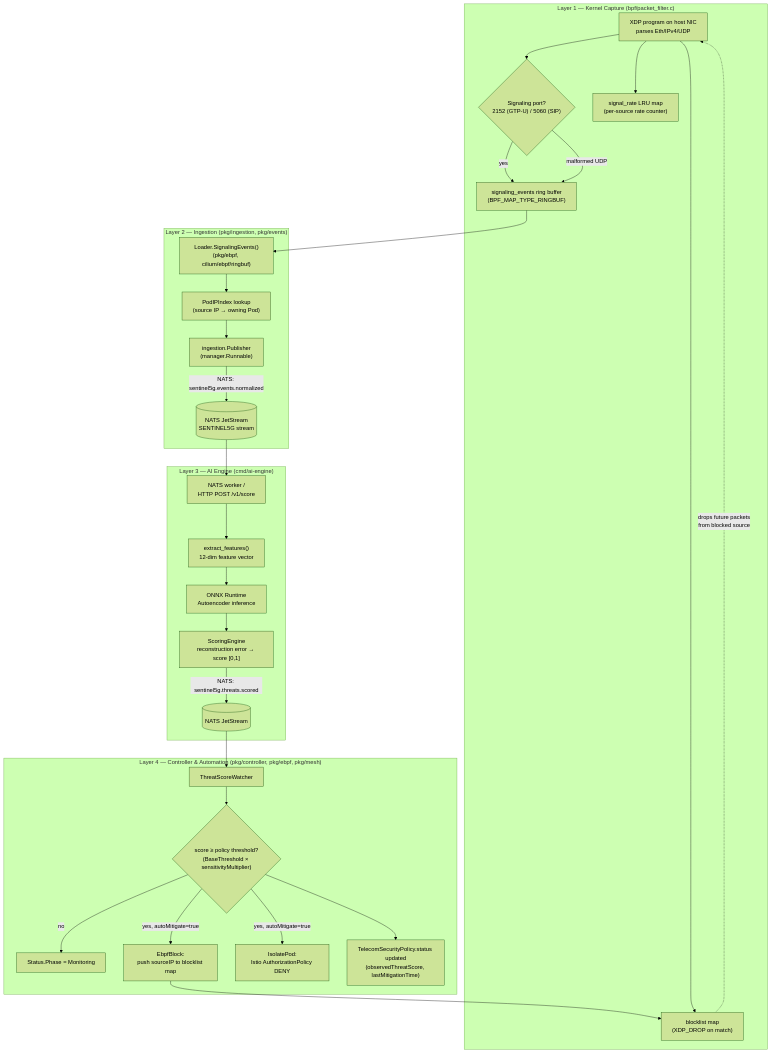
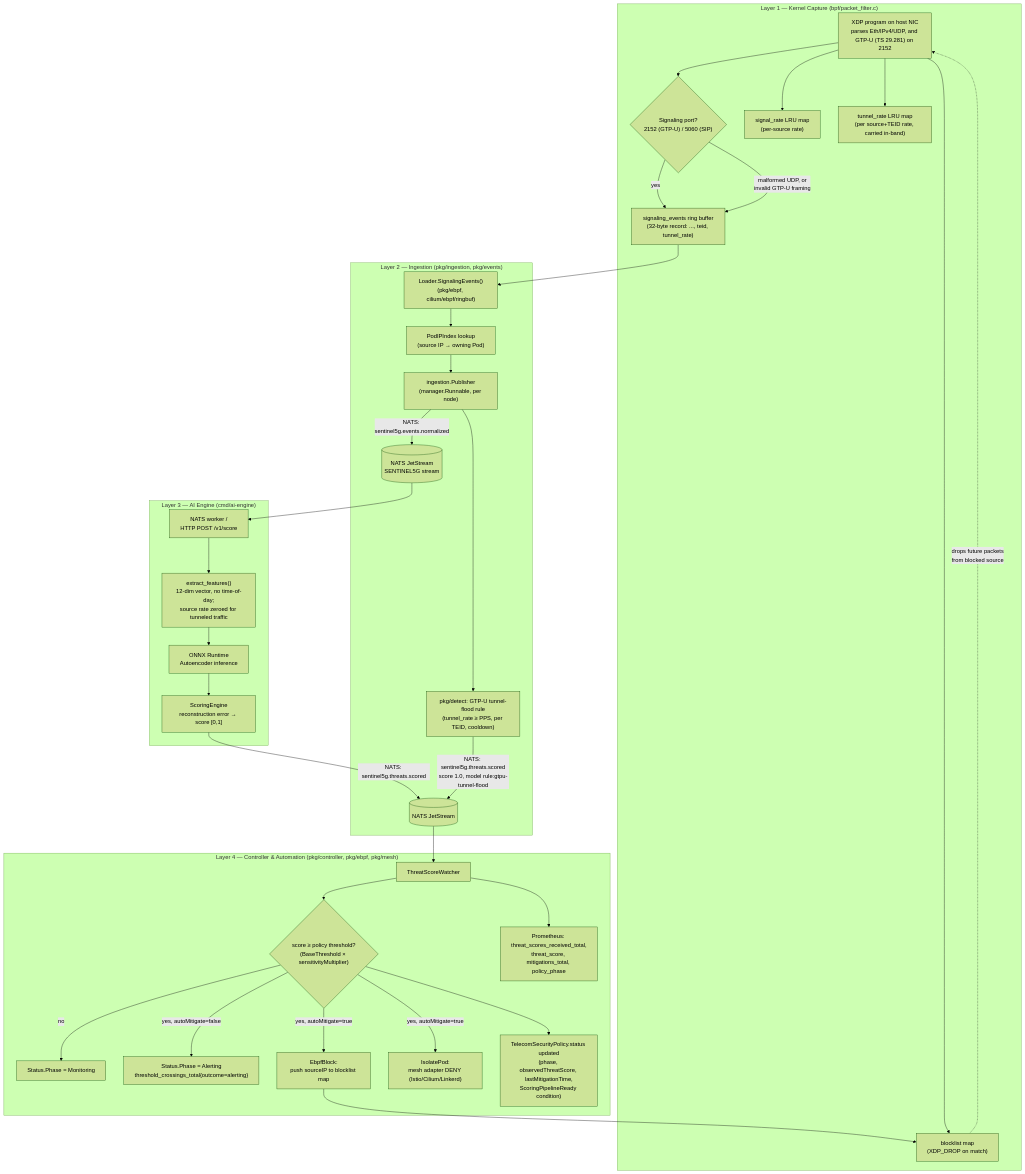
Before and after one commit to FelipeBastosxj/Sentinel5G: the diagram in docs/paper-data/03-architecture-engineering-decisions.md, drawn with Mermaid (forest theme). The commit also changed other lines of this file and 21 other files, not shown here.

````diff
--- a/docs/paper-data/03-architecture-engineering-decisions.md
+++ b/docs/paper-data/03-architecture-engineering-decisions.md
@@ -10,38 +10,43 @@
 ```mermaid
 flowchart TD
     subgraph L1["Layer 1 — Kernel Capture (bpf/packet_filter.c)"]
-        A["XDP program on host NIC<br/>parses Eth/IPv4/UDP"]
+        A["XDP program on host NIC<br/>parses Eth/IPv4/UDP, and GTP-U (TS 29.281) on 2152"]
         A --> B{"Signaling port?<br/>2152 (GTP-U) / 5060 (SIP)"}
-        B -->|yes| C["signaling_events ring buffer<br/>(BPF_MAP_TYPE_RINGBUF)"]
-        B -->|"malformed UDP"| C
-        A --> D["signal_rate LRU map<br/>(per-source rate counter)"]
+        B -->|yes| C["signaling_events ring buffer<br/>(32-byte record: ..., teid, tunnel_rate)"]
+        B -->|"malformed UDP, or<br/>invalid GTP-U framing"| C
+        A --> D["signal_rate LRU map<br/>(per-source rate)"]
+        A --> D2["tunnel_rate LRU map<br/>(per source+TEID rate, carried in-band)"]
         A --> E["blocklist map<br/>(XDP_DROP on match)"]
     end
 
     subgraph L2["Layer 2 — Ingestion (pkg/ingestion, pkg/events)"]
         C --> F["Loader.SignalingEvents()<br/>(pkg/ebpf, cilium/ebpf/ringbuf)"]
         F --> G["PodIPIndex lookup<br/>(source IP → owning Pod)"]
-        G --> H["ingestion.Publisher<br/>(manager.Runnable)"]
+        G --> H["ingestion.Publisher<br/>(manager.Runnable, per node)"]
         H -->|"NATS: sentinel5g.events.normalized"| I[("NATS JetStream<br/>SENTINEL5G stream")]
+        H --> H2["pkg/detect: GTP-U tunnel-flood rule<br/>(tunnel_rate ≥ PPS, per TEID, cooldown)"]
+        H2 -->|"NATS: sentinel5g.threats.scored<br/>score 1.0, model rule:gtpu-tunnel-flood"| N
     end
 
     subgraph L3["Layer 3 — AI Engine (cmd/ai-engine)"]
         I --> J["NATS worker /<br/>HTTP POST /v1/score"]
-        J --> K["extract_features()<br/>12-dim feature vector"]
+        J --> K["extract_features()<br/>12-dim vector, no time-of-day;<br/>source rate zeroed for tunneled traffic"]
         K --> L["ONNX Runtime<br/>Autoencoder inference"]
         L --> M["ScoringEngine<br/>reconstruction error → score [0,1]"]
         M -->|"NATS: sentinel5g.threats.scored"| N[("NATS JetStream")]
     end
 
     subgraph L4["Layer 4 — Controller & Automation (pkg/controller, pkg/ebpf, pkg/mesh)"]
         N --> O["ThreatScoreWatcher"]
         O --> P{"score ≥ policy threshold?<br/>(BaseThreshold × sensitivityMultiplier)"}
         P -->|no| Q["Status.Phase = Monitoring"]
+        P -->|"yes, autoMitigate=false"| Q2["Status.Phase = Alerting<br/>threshold_crossings_total{outcome=alerting}"]
         P -->|"yes, autoMitigate=true"| R["EbpfBlock:<br/>push sourceIP to blocklist map"]
-        P -->|"yes, autoMitigate=true"| S["IsolatePod:<br/>Istio AuthorizationPolicy DENY"]
+        P -->|"yes, autoMitigate=true"| S["IsolatePod:<br/>mesh adapter DENY (Istio/Cilium/Linkerd)"]
         R --> E
-        P --> T["TelecomSecurityPolicy.status updated<br/>(observedThreatScore, lastMitigationTime)"]
+        P --> T["TelecomSecurityPolicy.status updated<br/>(phase, observedThreatScore, lastMitigationTime,<br/>ScoringPipelineReady condition)"]
+        O --> U["Prometheus: threat_scores_received_total,<br/>threat_score, mitigations_total, policy_phase"]
     end
 
     E -.->|"drops future packets<br/>from blocked source"| A
 ```
````
